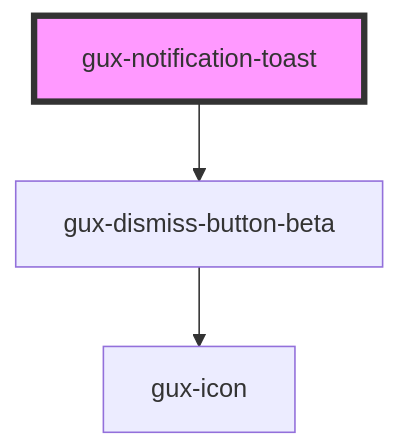
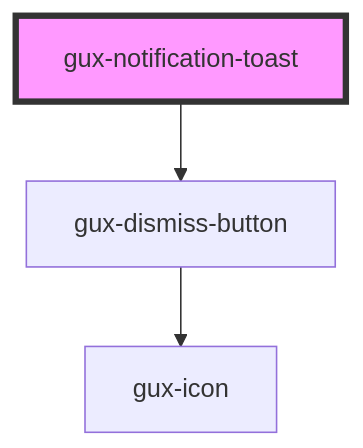
One commit to MyPureCloud/genesys-spark changed the diagram in src/components/stable/gux-notification-toast/readme.md. Above: the diagram before and after it, drawn with Mermaid. The commit also changed other lines of this file and 272 other files, not shown here.

````diff
--- a/src/components/stable/gux-notification-toast/readme.md
+++ b/src/components/stable/gux-notification-toast/readme.md
@@ -36,6 +36,6 @@
 ```mermaid
 graph TD;
-  gux-notification-toast --> gux-dismiss-button-beta
-  gux-dismiss-button-beta --> gux-icon
+  gux-notification-toast --> gux-dismiss-button
+  gux-dismiss-button --> gux-icon
   style gux-notification-toast fill:#f9f,stroke:#333,stroke-width:4px
 ```
````
